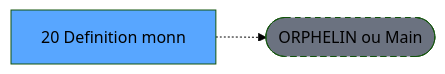
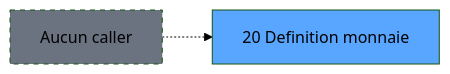
The second of 3 diagrams in .openspec/specs/ADH-IDE-20.md (thonyAGP/lecteur-magic), drawn with Mermaid (forest theme) before and after one commit. The commit also changed other lines of this file and 96 other files, not shown here.

````diff
--- a/.openspec/specs/ADH-IDE-20.md
+++ b/.openspec/specs/ADH-IDE-20.md
@@ -117,8 +122,8 @@
 ```mermaid
 graph LR
-    T[20 Definition monn]
-    ORPHAN([ORPHELIN ou Main])
-    T -.-> ORPHAN
-    style T fill:#58a6ff,color:#000
-    style ORPHAN fill:#6b7280,stroke-dasharray: 5 5
+    T20[20 Definition monnaie]
+    style T20 fill:#58a6ff
+    NONE[Aucun caller]
+    NONE -.-> T20
+    style NONE fill:#6b7280,stroke-dasharray: 5 5
 ```
````
